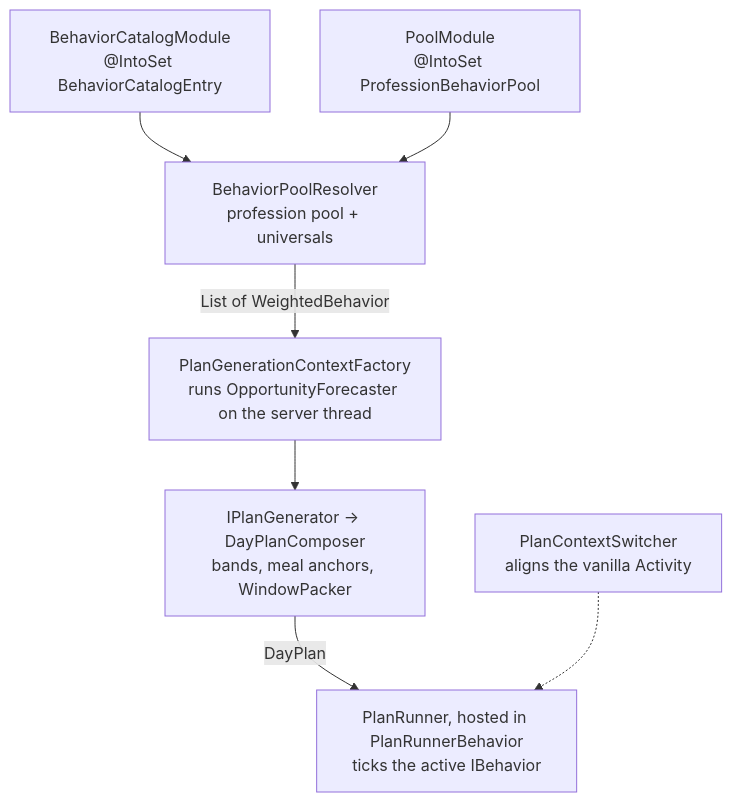
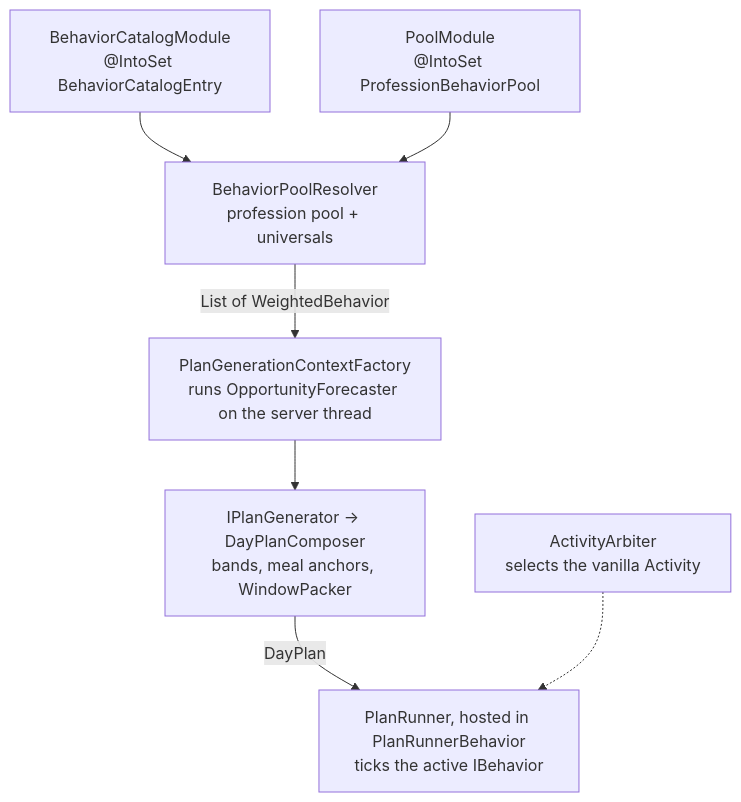
One commit to breeze-devs/Settlements-Alpha changed the diagram in docs/references/behavior_system.md. Above: the diagram before and after it, drawn with Mermaid. The commit also changed other lines of this file and 97 other files, not shown here.

````diff
--- a/docs/references/behavior_system.md
+++ b/docs/references/behavior_system.md
@@ -30,10 +30,10 @@
 ```mermaid
 flowchart TD
     CAT["BehaviorCatalogModule<br/>@IntoSet BehaviorCatalogEntry"] --> RES
     POOL["PoolModule<br/>@IntoSet ProfessionBehaviorPool"] --> RES
     RES["BehaviorPoolResolver<br/>profession pool + universals"] -->|" List of WeightedBehavior "| CTX
     CTX["PlanGenerationContextFactory<br/>runs OpportunityForecaster on the server thread"] --> GEN
     GEN["IPlanGenerator → DayPlanComposer<br/>bands, meal anchors, WindowPacker"] -->|DayPlan| RUN
     RUN["PlanRunner, hosted in PlanRunnerBehavior<br/>ticks the active IBehavior"]
-    PCS["PlanContextSwitcher<br/>aligns the vanilla Activity"] -.-> RUN
+    ARB["ActivityArbiter<br/>selects the vanilla Activity"] -.-> RUN
 ```
````
